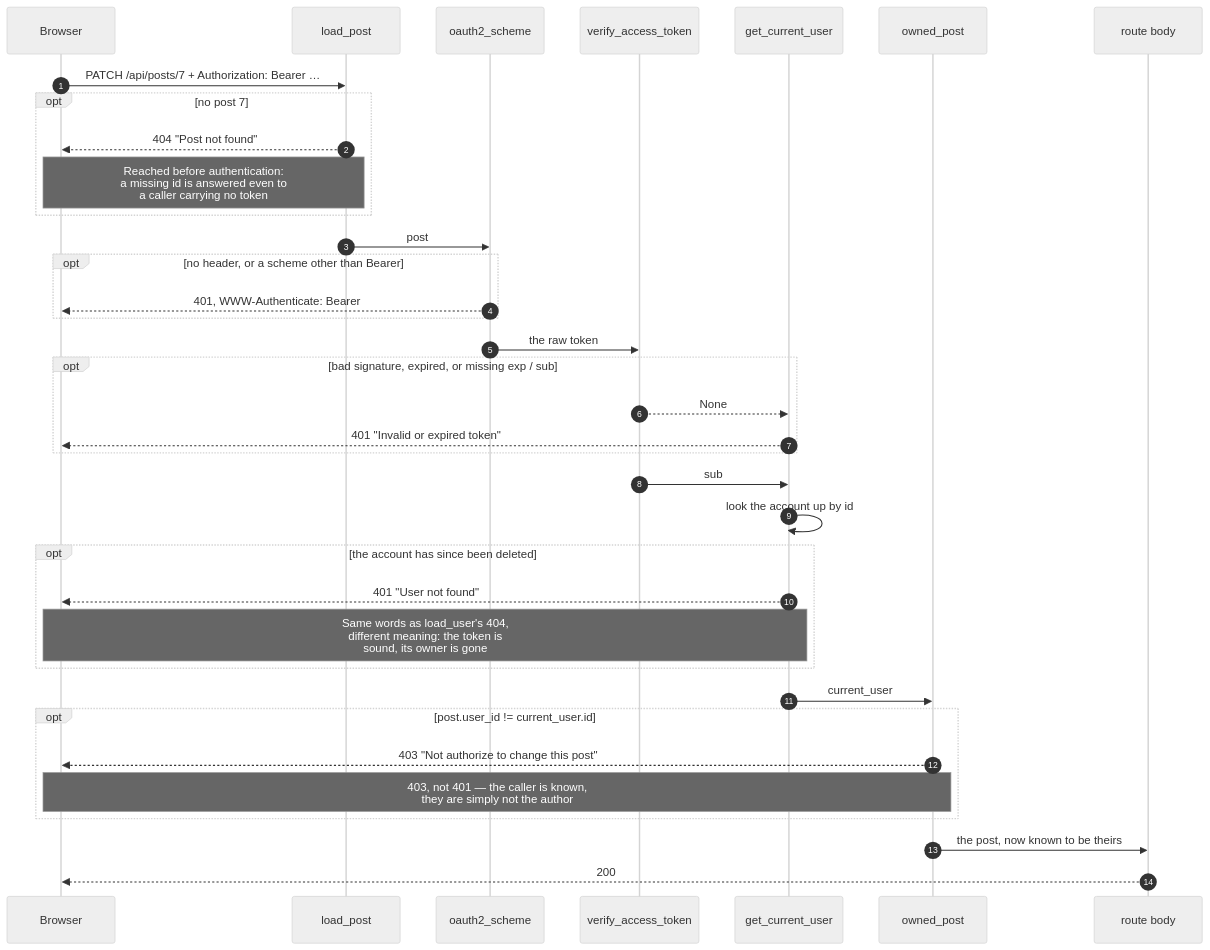
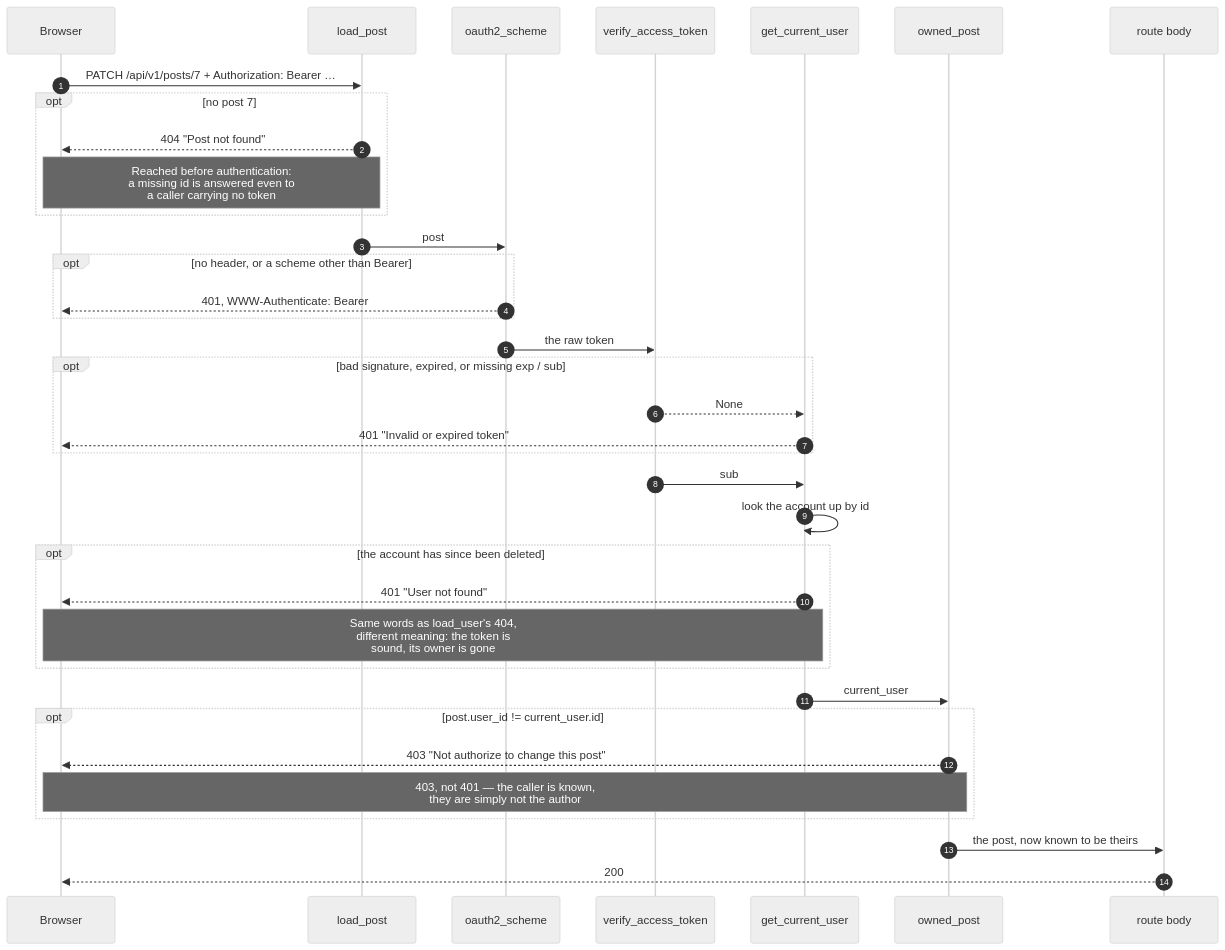
One commit to OstapchukIryna/fastapi-blog changed the second of 3 diagrams in docs/auth.md. Above: the diagram before and after it, drawn with Mermaid (neutral theme). The commit also changed other lines of this file and 84 other files, not shown here.

````diff
--- a/docs/auth.md
+++ b/docs/auth.md
@@ -65,43 +65,43 @@
 ```mermaid
 sequenceDiagram
     autonumber
     participant B as Browser
     participant LP as load_post
     participant OS as oauth2_scheme
     participant VT as verify_access_token
     participant GU as get_current_user
     participant OP as owned_post
     participant R as route body
 
-    B->>LP: PATCH /api/posts/7 + Authorization: Bearer …
+    B->>LP: PATCH /api/v1/posts/7 + Authorization: Bearer …
     opt no post 7
         LP-->>B: 404 "Post not found"
         Note over LP,B: Reached before authentication:<br/>a missing id is answered even to<br/>a caller carrying no token
     end
     LP->>OS: post
 
     opt no header, or a scheme other than Bearer
         OS-->>B: 401, WWW-Authenticate: Bearer
     end
     OS->>VT: the raw token
 
     opt bad signature, expired, or missing exp / sub
         VT-->>GU: None
         GU-->>B: 401 "Invalid or expired token"
     end
     VT->>GU: sub
 
     GU->>GU: look the account up by id
     opt the account has since been deleted
         GU-->>B: 401 "User not found"
         Note over GU,B: Same words as load_user's 404,<br/>different meaning: the token is<br/>sound, its owner is gone
     end
     GU->>OP: current_user
 
     opt post.user_id != current_user.id
         OP-->>B: 403 "Not authorize to change this post"
         Note over OP,B: 403, not 401 — the caller is known,<br/>they are simply not the author
     end
     OP->>R: the post, now known to be theirs
     R-->>B: 200
 ```
````
